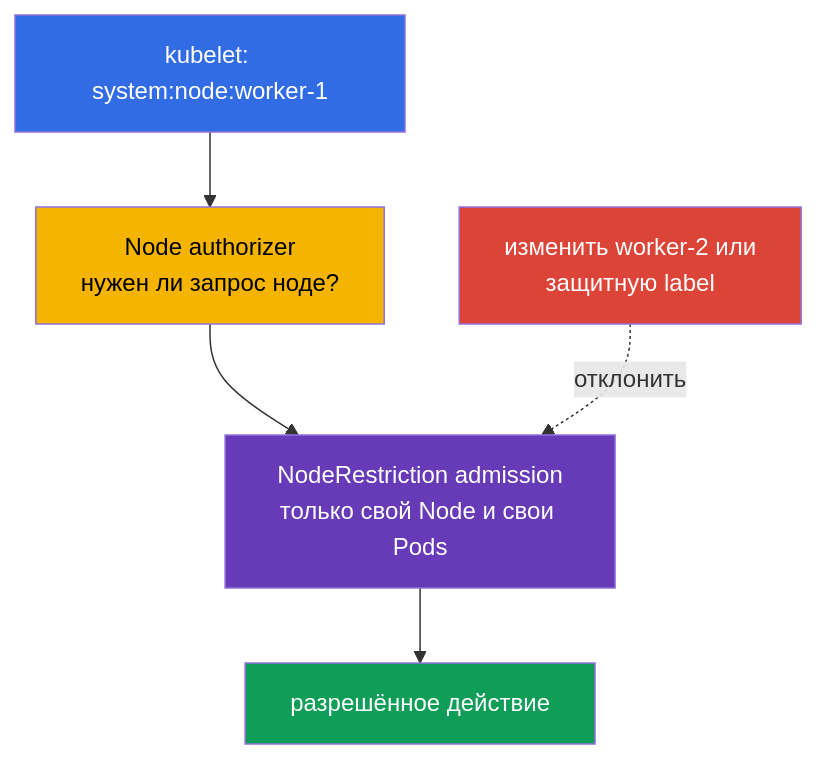
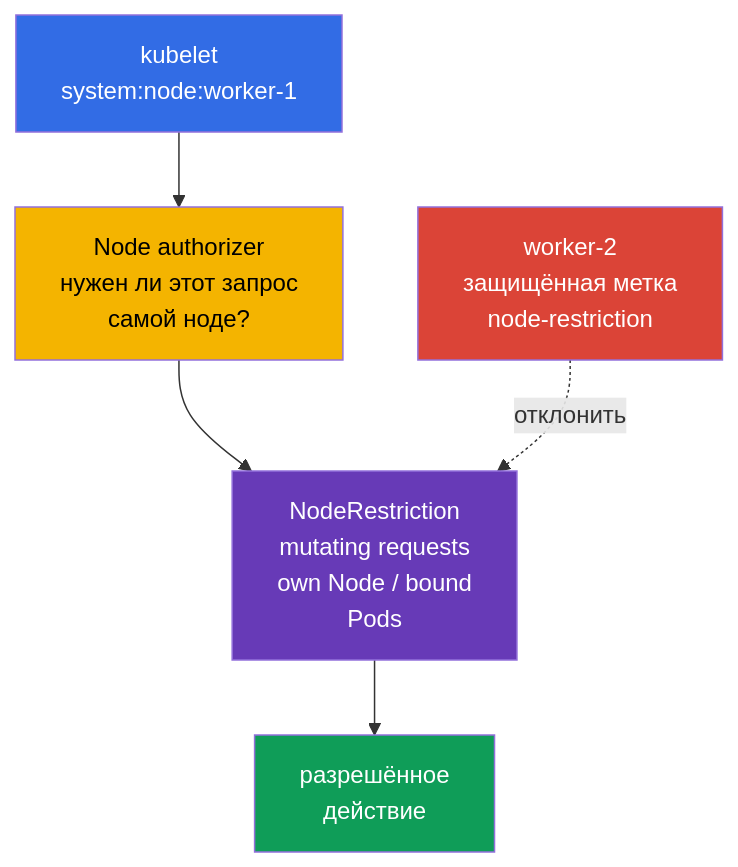
The second of 3 diagrams in tasks/cks/course/12/ru.md (ViktorUJ/cks), drawn with Mermaid before and after one commit. The commit also changed other lines of this file and 38 other files, not shown here.

````diff
--- a/tasks/cks/course/12/ru.md
+++ b/tasks/cks/course/12/ru.md
@@ -300,12 +393,12 @@
 ```mermaid
 flowchart TB
-    kubelet["kubelet: system:node:worker-1"] --> nodeauth["Node authorizer<br/>нужен ли запрос ноде?"]
-    nodeauth --> restriction["NodeRestriction admission<br/>только свой Node и свои Pods"]
-    restriction --> allowed["разрешённое действие"]
-    bad["изменить worker-2 или<br/>защитную label"] -. "отклонить" .-> restriction
+    kubelet["kubelet<br/>system:node:worker-1"] --> nodeauth["Node authorizer<br/>нужен ли этот запрос<br/>самой ноде?"]
+    nodeauth --> restriction["NodeRestriction<br/>mutating requests<br/>own Node / bound<br/>Pods"]
+    restriction --> allowed["разрешённое<br/>действие"]
+    bad["worker-2<br/>защищённая метка<br/>node-restriction"] -. "отклонить" .-> restriction
     style kubelet fill:#326ce5,color:#fff
     style nodeauth fill:#f4b400,color:#000
     style restriction fill:#673ab7,color:#fff
     style allowed fill:#0f9d58,color:#fff
     style bad fill:#db4437,color:#fff
 ```
````
